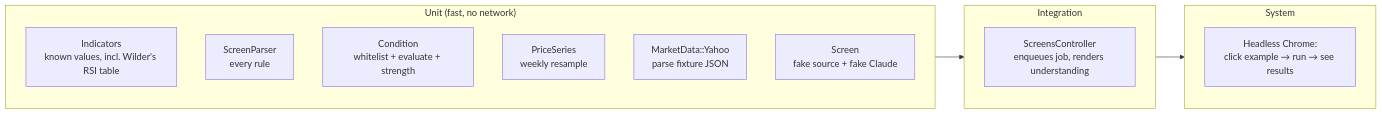
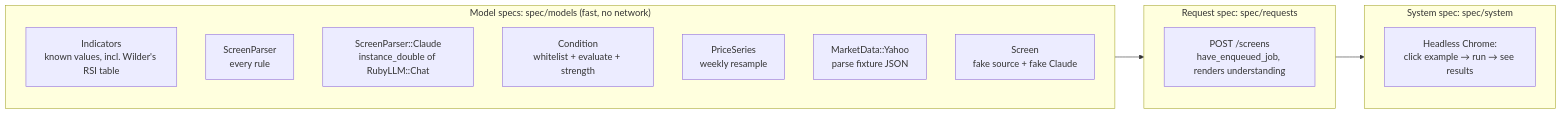
Before and after one commit to henryzhangpku/rails-nl-screen: the fifth of 7 diagrams in docs/ARCHITECTURE.md, drawn with Mermaid. The commit also changed other lines of this file and 16 other files, not shown here.

````diff
--- a/docs/ARCHITECTURE.md
+++ b/docs/ARCHITECTURE.md
@@ -414,18 +415,19 @@
 ```mermaid
 flowchart LR
-  subgraph Unit["Unit (fast, no network)"]
+  subgraph Models["Model specs: spec/models (fast, no network)"]
     I["Indicators<br/>known values, incl. Wilder's RSI table"]
     PA["ScreenParser<br/>every rule"]
+    CL["ScreenParser::Claude<br/>instance_double of RubyLLM::Chat"]
     CO["Condition<br/>whitelist + evaluate + strength"]
     PS["PriceSeries<br/>weekly resample"]
     YH["MarketData::Yahoo<br/>parse fixture JSON"]
     SC["Screen<br/>fake source + fake Claude"]
   end
-  subgraph Integration
-    CT["ScreensController<br/>enqueues job, renders understanding"]
+  subgraph Requests["Request spec: spec/requests"]
+    CT["POST /screens<br/>have_enqueued_job, renders understanding"]
   end
-  subgraph System
+  subgraph System["System spec: spec/system"]
     ST["Headless Chrome:<br/>click example → run → see results"]
   end
-  Unit --> Integration --> System
+  Models --> Requests --> System
 ```
````
